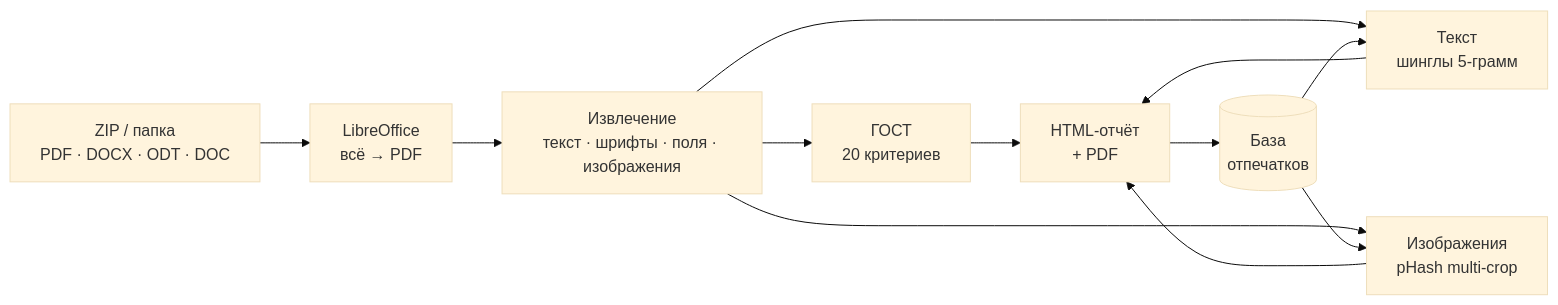
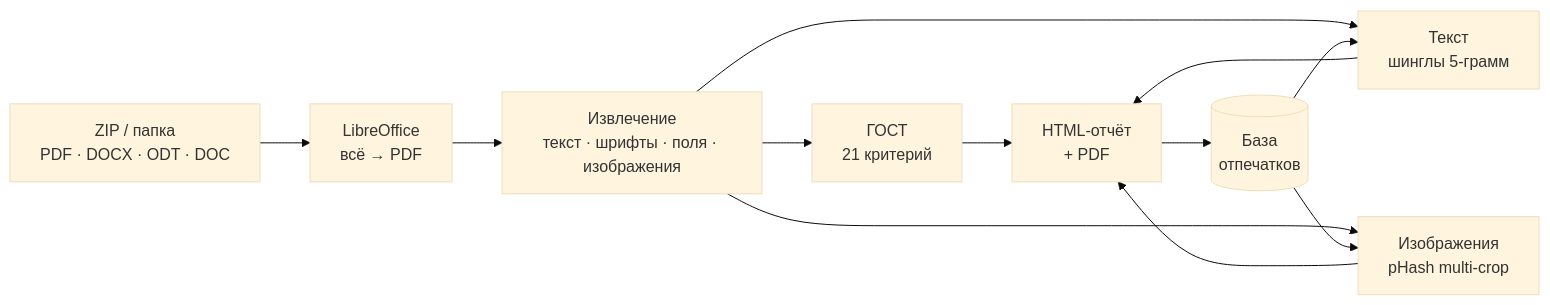
Before and after one commit to SvobodaGaming/ALENA: the first of 2 diagrams in README.md, drawn with Mermaid (base theme). The commit also changed other lines of this file and 19 other files, not shown here.

````diff
--- a/README.md
+++ b/README.md
@@ -67,14 +67,14 @@
 ```mermaid
 flowchart LR
     A[ZIP / папка<br/>PDF · DOCX · ODT · DOC] --> B[LibreOffice<br/>всё → PDF]
     B --> C[Извлечение<br/>текст · шрифты · поля · изображения]
-    C --> D[ГОСТ<br/>20 критериев]
+    C --> D[ГОСТ<br/>21 критерий]
     C --> E[Текст<br/>шинглы 5-грамм]
     C --> F[Изображения<br/>pHash multi-crop]
     G[(База<br/>отпечатков)] --> E
     G --> F
     D --> H[HTML-отчёт<br/>+ PDF]
     E --> H
     F --> H
     H --> G
 ```
````
